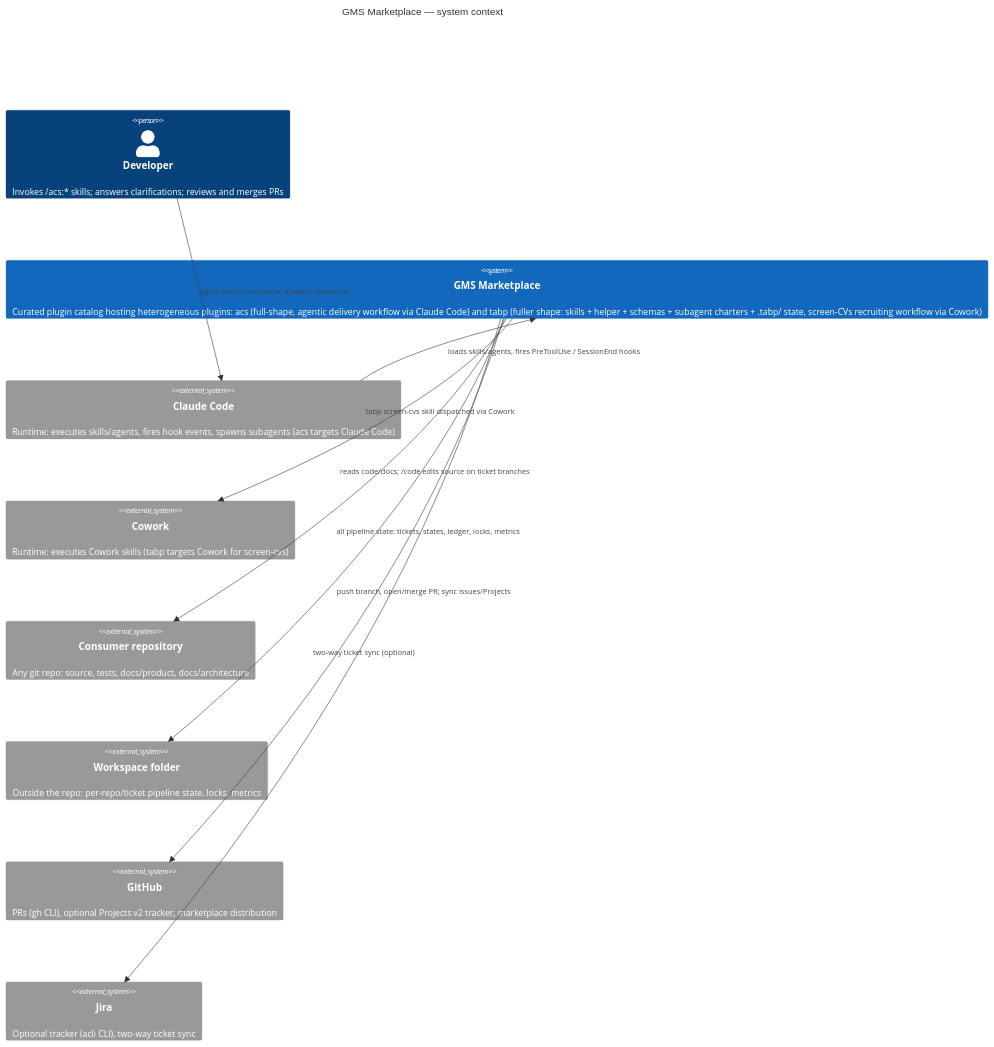
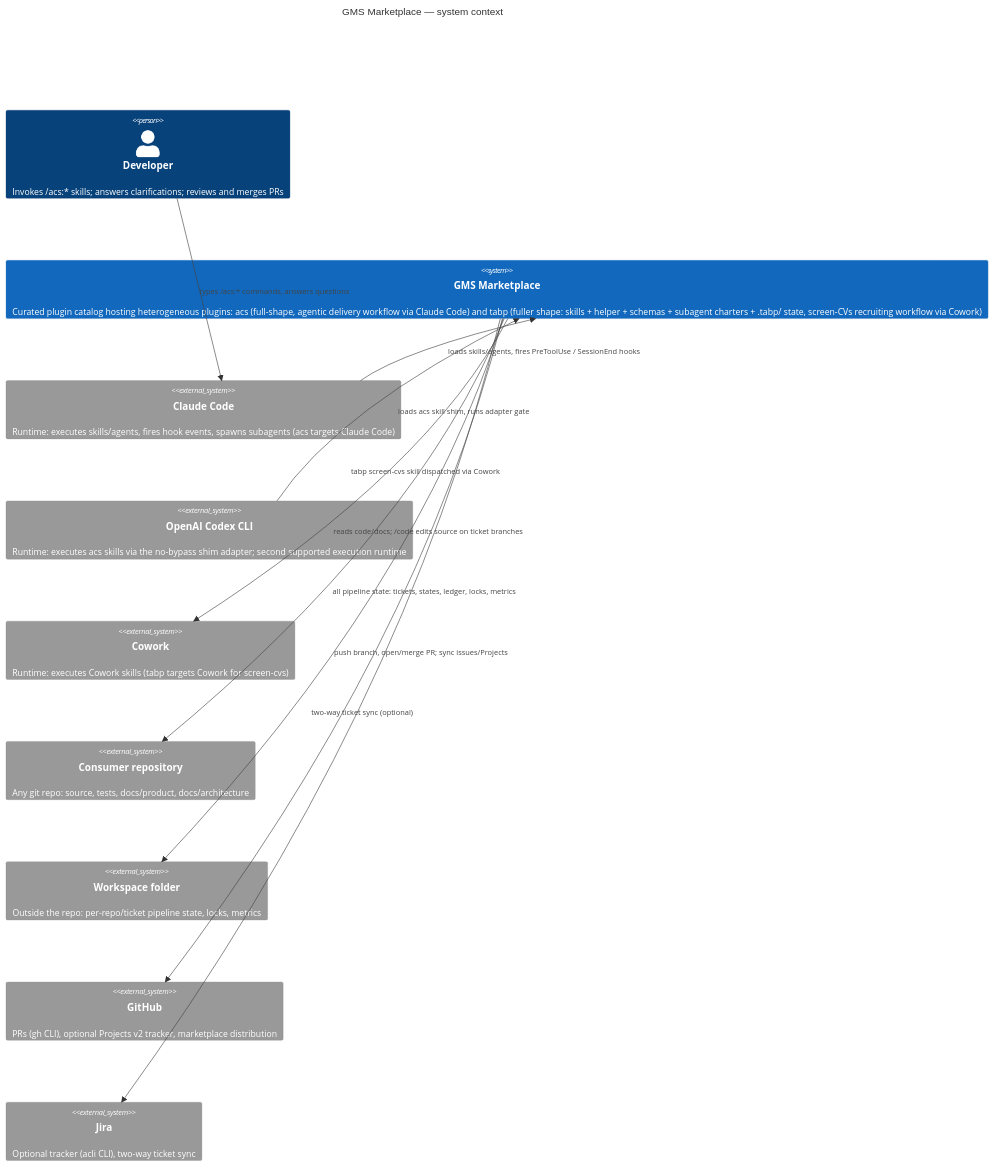
Before and after one commit to globalmindsolutions/gms-marketplace: the diagram in docs/architecture/hld/c4-context.md, drawn with Mermaid. The commit also changed 21 other files, not shown here.

First line of the commit message:
MAR-5 add Codex CLI gate-enforcement no-bypass shim and dispatch

````diff
--- a/docs/architecture/hld/c4-context.md
+++ b/docs/architecture/hld/c4-context.md
@@ -3,23 +3,25 @@
 ```mermaid
 C4Context
     title GMS Marketplace — system context
 
     Person(dev, "Developer", "Invokes /acs:* skills; answers clarifications; reviews and merges PRs")
 
     System(mkt, "GMS Marketplace", "Curated plugin catalog hosting heterogeneous plugins: acs (full-shape, agentic delivery workflow via Claude Code) and tabp (fuller shape: skills + helper + schemas + subagent charters + .tabp/ state, screen-CVs recruiting workflow via Cowork)")
 
     System_Ext(cc, "Claude Code", "Runtime: executes skills/agents, fires hook events, spawns subagents (acs targets Claude Code)")
+    System_Ext(codex, "OpenAI Codex CLI", "Runtime: executes acs skills via the no-bypass shim adapter; second supported execution runtime")
     System_Ext(cowork, "Cowork", "Runtime: executes Cowork skills (tabp targets Cowork for screen-cvs)")
     System_Ext(repo, "Consumer repository", "Any git repo: source, tests, docs/product, docs/architecture")
     System_Ext(ws, "Workspace folder", "Outside the repo: per-repo/ticket pipeline state, locks, metrics")
     System_Ext(gh, "GitHub", "PRs (gh CLI), optional Projects v2 tracker, marketplace distribution")
     System_Ext(jira, "Jira", "Optional tracker (acli CLI), two-way ticket sync")
 
     Rel(dev, cc, "types /acs:* commands, answers questions")
     Rel(cc, mkt, "loads skills/agents, fires PreToolUse / SessionEnd hooks")
+    Rel(codex, mkt, "loads acs skill shim, runs adapter gate")
     Rel(mkt, cowork, "tabp screen-cvs skill dispatched via Cowork")
     Rel(mkt, repo, "reads code/docs; /code edits source on ticket branches")
     Rel(mkt, ws, "all pipeline state: tickets, states, ledger, locks, metrics")
     Rel(mkt, gh, "push branch, open/merge PR; sync issues/Projects")
     Rel(mkt, jira, "two-way ticket sync (optional)")
 ```
````
